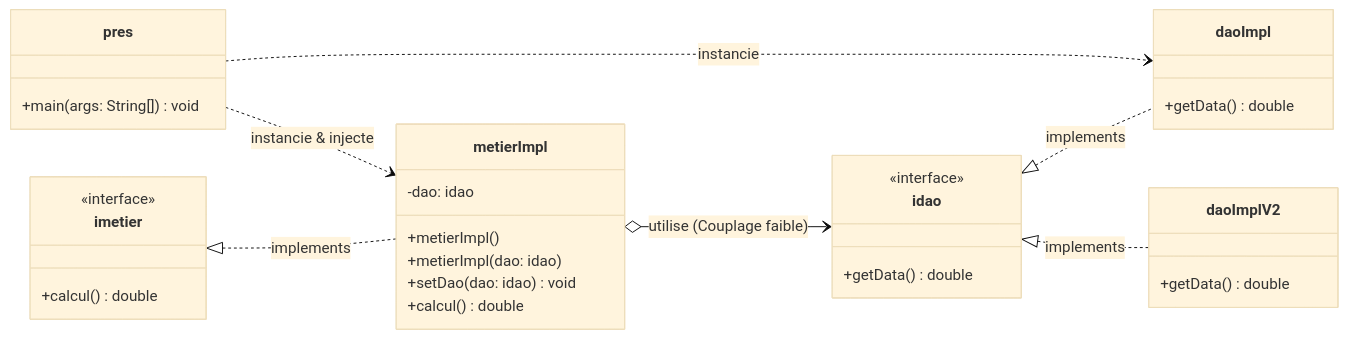
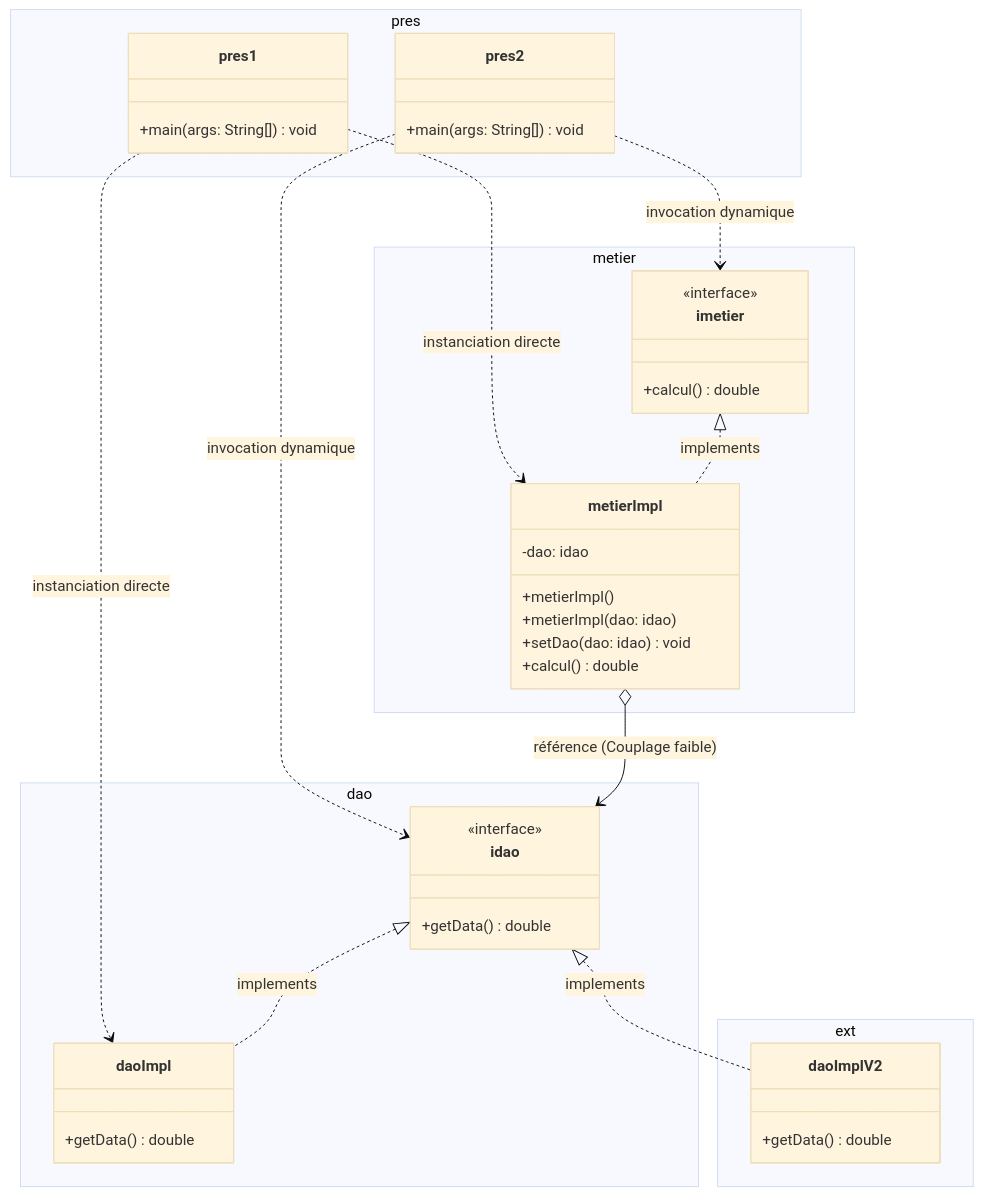
The diagram in README.md (Ilyas-SEKHSOUKHI/Activite-Pratique-1-Injection-Dependances), drawn with Mermaid (base theme) before and after one commit. The commit also changed other lines of this file, not shown here.

````diff
--- a/README.md
+++ b/README.md
@@ -50,41 +61,52 @@
 ```mermaid
 classDiagram
-    direction LR
+    direction TB
 
-    class idao {
-        <<interface>>
-        +getData() double
+    namespace dao {
+        class idao {
+            <<interface>>
+            +getData() double
+        }
+        class daoImpl {
+            +getData() double
+        }
     }
 
-    class daoImpl {
-        +getData() double
+    namespace ext {
+        class daoImplV2 {
+            +getData() double
+        }
     }
 
-    class daoImplV2 {
-        +getData() double
+    namespace metier {
+        class imetier {
+            <<interface>>
+            +calcul() double
+        }
+        class metierImpl {
+            -dao: idao
+            +metierImpl()
+            +metierImpl(dao: idao)
+            +setDao(dao: idao) void
+            +calcul() double
+        }
     }
 
-    class imetier {
-        <<interface>>
-        +calcul() double
-    }
-
-    class metierImpl {
-        -dao: idao
-        +metierImpl()
-        +metierImpl(dao: idao)
-        +setDao(dao: idao) void
-        +calcul() double
-    }
-
-    class pres {
-        +main(args: String[]) void
+    namespace pres {
+        class pres1 {
+            +main(args: String[]) void
+        }
+        class pres2 {
+            +main(args: String[]) void
+        }
     }
 
     idao <|.. daoImpl : implements
     idao <|.. daoImplV2 : implements
     imetier <|.. metierImpl : implements
-    metierImpl o--> idao : utilise (Couplage faible)
-    pres ..> metierImpl : instancie & injecte
-    pres ..> daoImpl : instancie
+    metierImpl o--> idao : référence (Couplage faible)
+    pres1 ..> metierImpl : instanciation directe
+    pres1 ..> daoImpl : instanciation directe
+    pres2 ..> idao : invocation dynamique
+    pres2 ..> imetier : invocation dynamique
 ```
````
